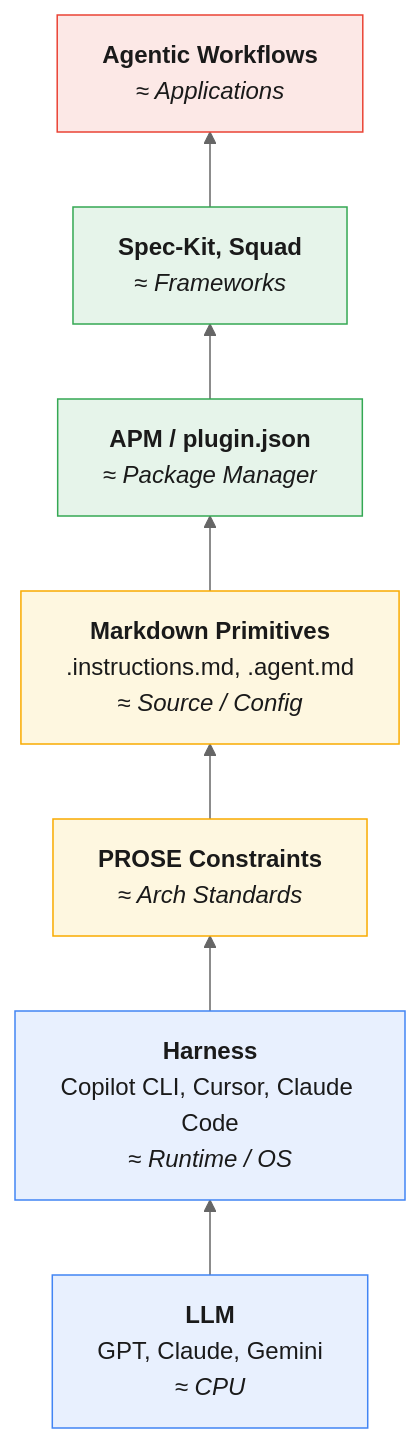
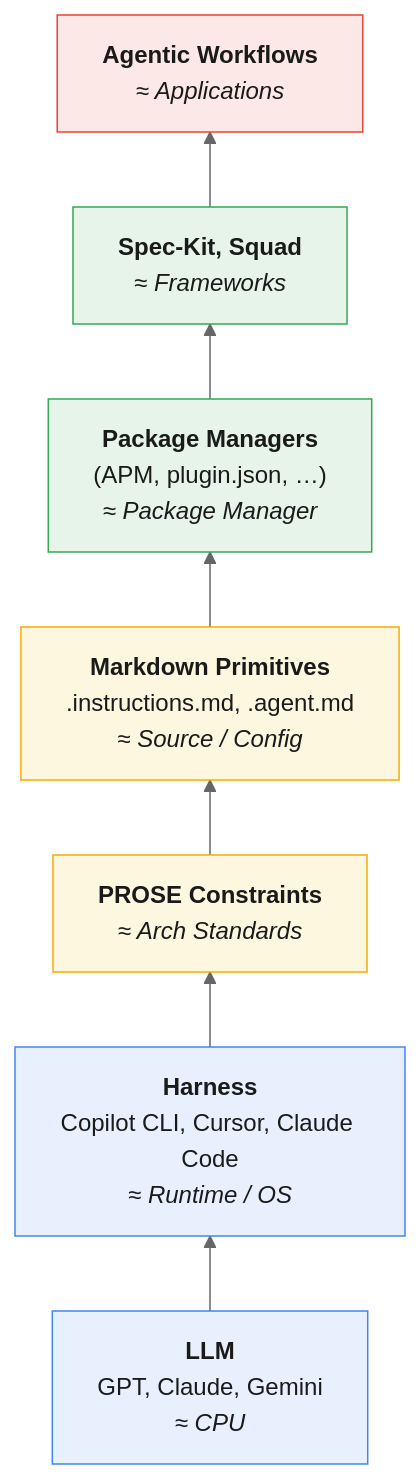
Before and after one commit to danielmeppiel/agentic-sdlc-handbook: the third of 3 diagrams in handbook/ch04-the-reference-architecture.qmd, drawn with Mermaid (neutral theme). The commit also changed other lines of this file and 5 other files, not shown here.

````diff
--- a/handbook/ch04-the-reference-architecture.qmd
+++ b/handbook/ch04-the-reference-architecture.qmd
@@ -250,24 +252,24 @@
 ```{mermaid}
 %%| label: fig-agentic-stack
 %%| fig-cap: "The Agentic Computing Stack — seven layers mapping agentic components to their classical analogs."
 %%| fig-width: 5.5
 %%| fig-height: 5
 flowchart BT
     L1["<b>LLM</b><br/>GPT, Claude, Gemini<br/><i>≈ CPU</i>"]
     L2["<b>Harness</b><br/>Copilot CLI, Cursor, Claude Code<br/><i>≈ Runtime / OS</i>"]
     L3["<b>PROSE Constraints</b><br/><i>≈ Arch Standards</i>"]
     L4["<b>Markdown Primitives</b><br/>.instructions.md, .agent.md<br/><i>≈ Source / Config</i>"]
-    L5["<b>APM / plugin.json</b><br/><i>≈ Package Manager</i>"]
+    L5["<b>Package Managers</b><br/>(APM, plugin.json, …)<br/><i>≈ Package Manager</i>"]
     L6["<b>Spec-Kit, Squad</b><br/><i>≈ Frameworks</i>"]
     L7["<b>Agentic Workflows</b><br/><i>≈ Applications</i>"]
 
     L1 --> L2 --> L3 --> L4 --> L5 --> L6 --> L7
 
     style L1 fill:#e8f0fe,stroke:#4285f4,color:#1a1a1a
     style L2 fill:#e8f0fe,stroke:#4285f4,color:#1a1a1a
     style L3 fill:#fef7e0,stroke:#f9ab00,color:#1a1a1a
     style L4 fill:#fef7e0,stroke:#f9ab00,color:#1a1a1a
     style L5 fill:#e6f4ea,stroke:#34a853,color:#1a1a1a
     style L6 fill:#e6f4ea,stroke:#34a853,color:#1a1a1a
     style L7 fill:#fce8e6,stroke:#ea4335,color:#1a1a1a
 ```
````
